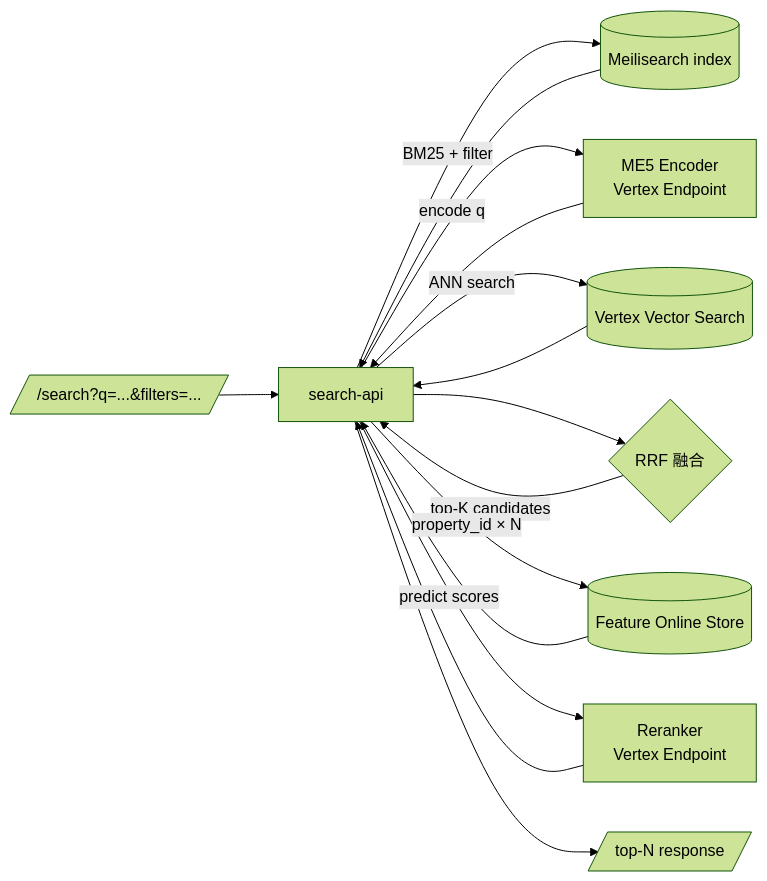
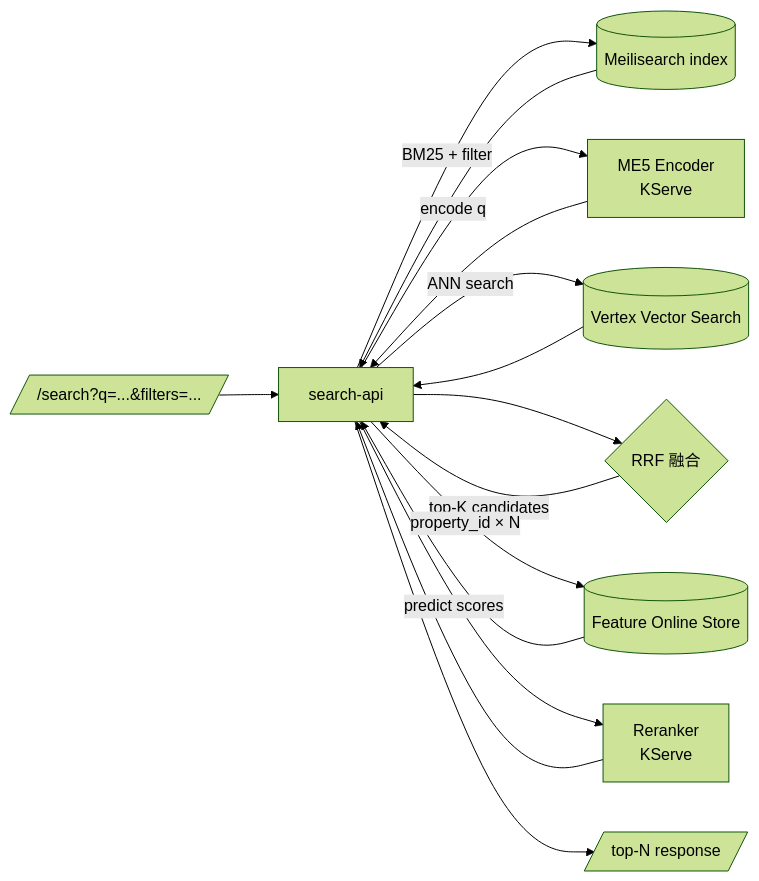
The fourth of 5 diagrams in docs/architecture/01_仕様と設計.md (kurosawa-kuro/study-gcp-search-mlops-gke), drawn with Mermaid (forest theme) before and after one commit. The commit also changed other lines of this file and 4 other files, not shown here.

````diff
--- a/docs/architecture/01_仕様と設計.md
+++ b/docs/architecture/01_仕様と設計.md
@@ -252,22 +234,22 @@
 ```mermaid
 flowchart LR
     Q[/"/search?q=...&filters=..."/]
     SAPI["search-api"]
     Mei[("Meilisearch index")]
-    Enc["ME5 Encoder<br/>Vertex Endpoint"]
+    Enc["ME5 Encoder<br/>KServe"]
     VVS[("Vertex Vector Search")]
     RRF{"RRF 融合"}
     FOS[("Feature Online Store")]
-    RR["Reranker<br/>Vertex Endpoint"]
+    RR["Reranker<br/>KServe"]
     Resp[/"top-N response"/]
 
     Q --> SAPI
     SAPI -->|"BM25 + filter"| Mei --> SAPI
     SAPI -->|encode q| Enc --> SAPI
     SAPI -->|"ANN search"| VVS --> SAPI
     SAPI --> RRF
     RRF -->|"top-K candidates"| SAPI
     SAPI -->|"property_id × N"| FOS --> SAPI
     SAPI -->|"predict scores"| RR --> SAPI
     SAPI --> Resp
 ```
````
